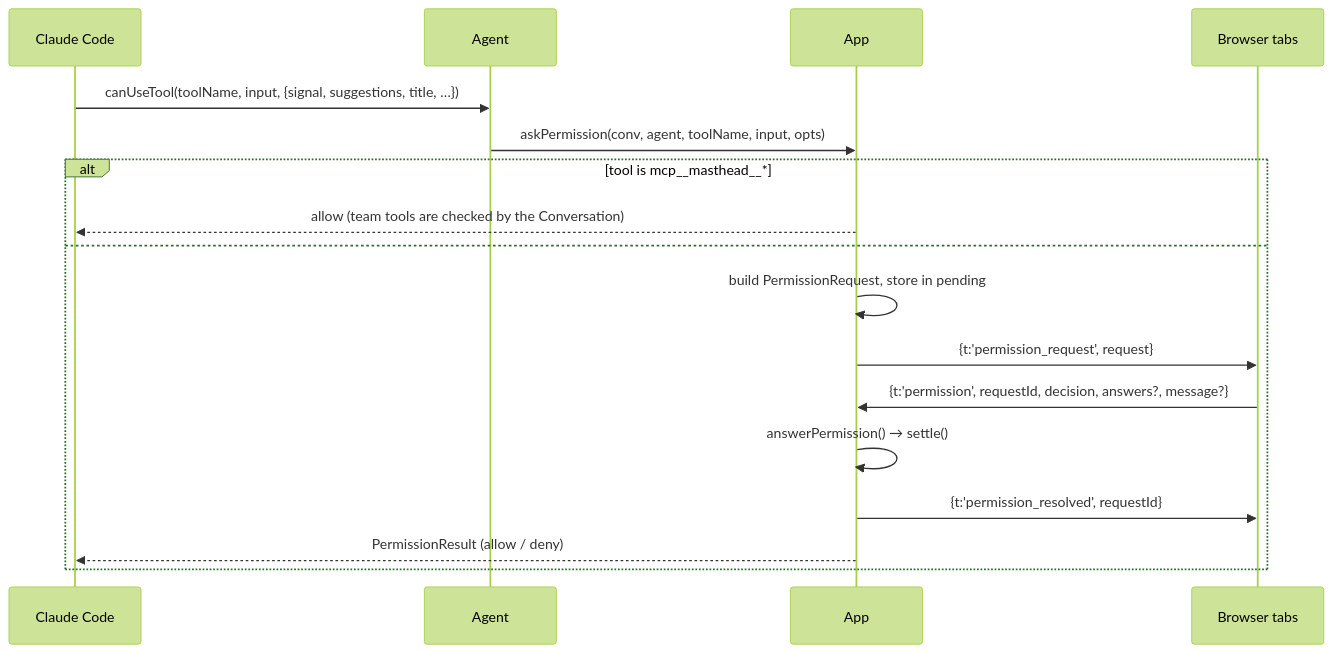
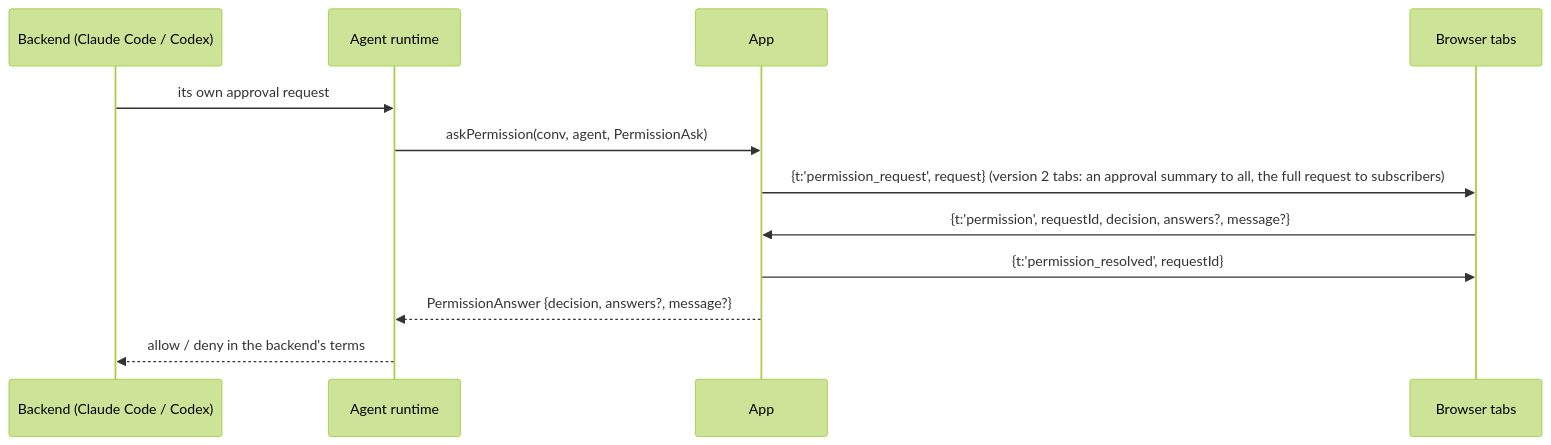
Before and after one commit to Luxorium/masthead: the diagram in docs/wiki/Permissions-and-Questions.md, drawn with Mermaid (forest theme). The commit also changed other lines of this file and 103 other files, not shown here.

````diff
--- a/docs/wiki/Permissions-and-Questions.md
+++ b/docs/wiki/Permissions-and-Questions.md
@@ -21,19 +39,14 @@
 ```mermaid
 sequenceDiagram
-  participant CC as Claude Code
-  participant A as Agent
+  participant B as Backend (Claude Code / Codex)
+  participant A as Agent runtime
   participant P as App
-  participant B as Browser tabs
-  CC->>A: canUseTool(toolName, input, {signal, suggestions, title, …})
-  A->>P: askPermission(conv, agent, toolName, input, opts)
-  alt tool is mcp__masthead__*
-    P-->>CC: allow (team tools are checked by the Conversation)
-  else
-    P->>P: build PermissionRequest, store in pending
-    P->>B: {t:'permission_request', request}
-    B->>P: {t:'permission', requestId, decision, answers?, message?}
-    P->>P: answerPermission() → settle()
-    P->>B: {t:'permission_resolved', requestId}
-    P-->>CC: PermissionResult (allow / deny)
-  end
+  participant T as Browser tabs
+  B->>A: its own approval request
+  A->>P: askPermission(conv, agent, PermissionAsk)
+  P->>T: {t:'permission_request', request} (version 2 tabs: an approval summary to all, the full request to subscribers)
+  T->>P: {t:'permission', requestId, decision, answers?, message?}
+  P->>T: {t:'permission_resolved', requestId}
+  P-->>A: PermissionAnswer {decision, answers?, message?}
+  A-->>B: allow / deny in the backend's terms
 ```
````
